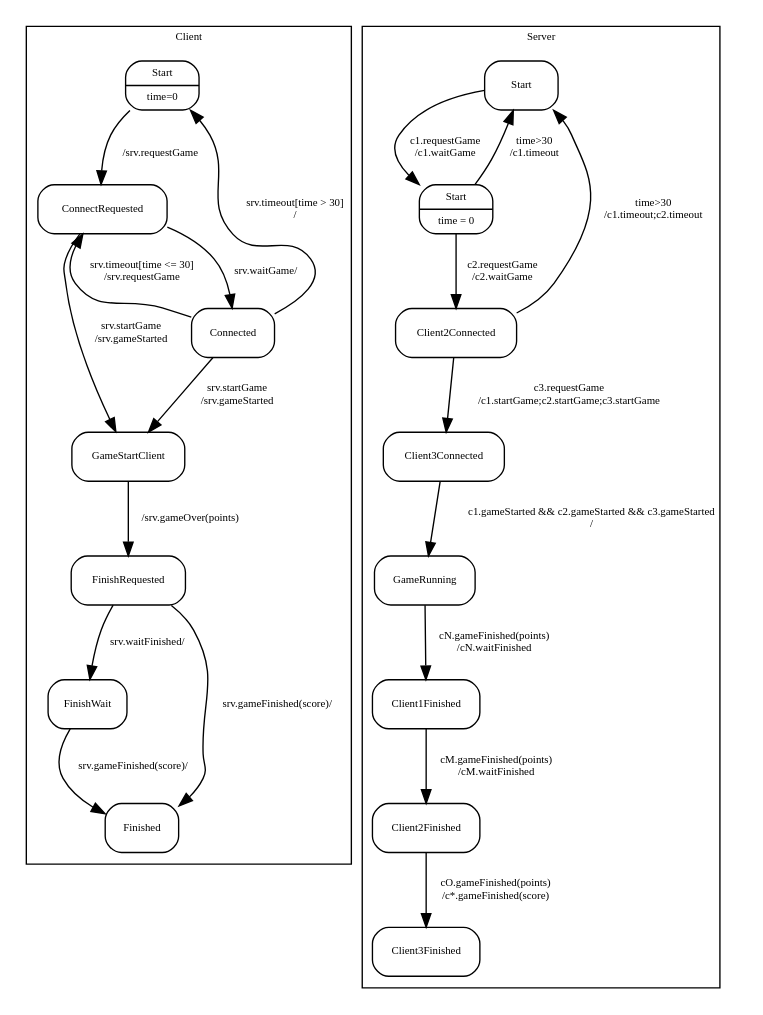
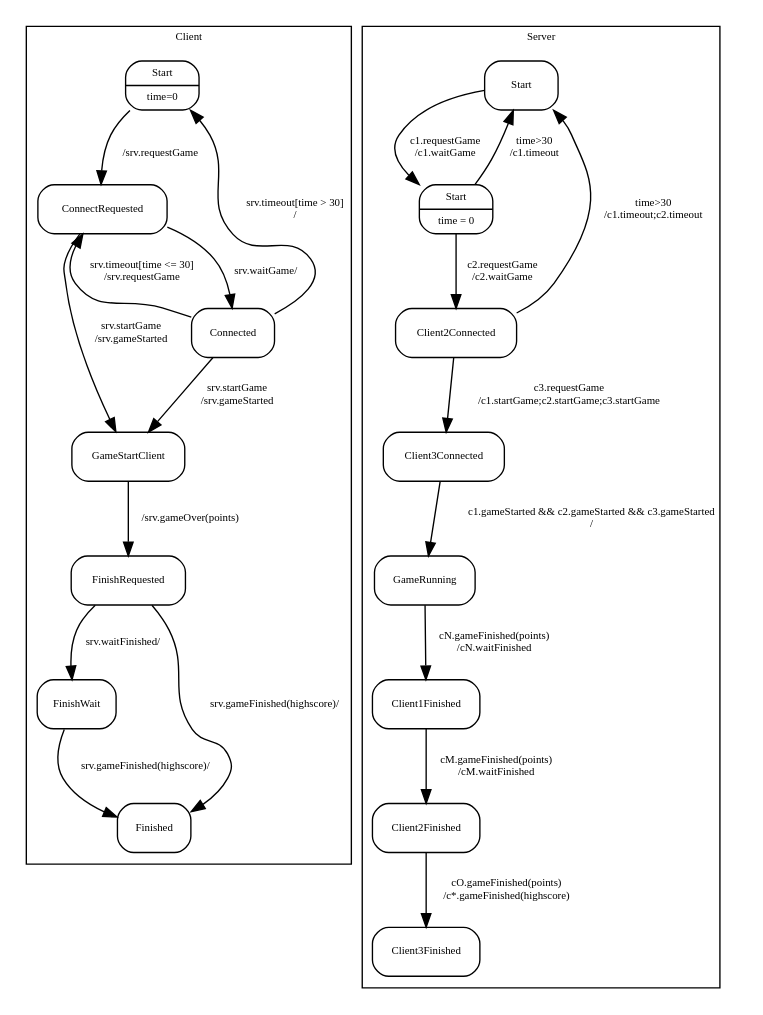
One commit to aul12/SoPra changed the diagram in Blatt03/zustandsdiagramm.dot. Above: the diagram before and after it, drawn with Graphviz. The commit also changed 1 other file, not shown here.

Commit message:
Added Sequence diagramm

```diff
--- a/Blatt03/zustandsdiagramm.dot
+++ b/Blatt03/zustandsdiagramm.dot
@@ -1,63 +1,63 @@
 digraph G {
     fontname = "Bitstream Vera Sans"
     fontsize = 8
 
     node [
         fontname = "Bitstream Vera Sans"
         fontsize = 8
         shape = "Mrecord"
     ]
 
     edge [
         fontname = "Bitstream Vera Sans"
         fontsize = 8
     ]
 
     subgraph cluster_client {
         label = "Client"
         color = "black"
         StartClient [label = "{Start|time=0}"]
         ConnectRequested
         Connected
         GameStartClient
         FinishRequested
         FinishWait
         Finished
 
         StartClient->ConnectRequested [label = "\n/srv.requestGame"]
         ConnectRequested->Connected [label = "srv.waitGame/"]
         ConnectRequested->GameStartClient [label = "srv.startGame\n/srv.gameStarted"]
         Connected->GameStartClient [label = "srv.startGame\n/srv.gameStarted"]
         Connected->StartClient [label = "srv.timeout[time > 30]\n/"]  
         Connected->ConnectRequested[label = "srv.timeout[time <= 30]\n/srv.requestGame"]  
         GameStartClient->FinishRequested [label = "/srv.gameOver(points)"]
         FinishRequested->FinishWait [label = "srv.waitFinished/"]
-        FinishWait->Finished [label = "srv.gameFinished(score)/"]
-        FinishRequested->Finished [label = "srv.gameFinished(score)/"]
+        FinishWait->Finished [label = "srv.gameFinished(highscore)/"]
+        FinishRequested->Finished [label = "srv.gameFinished(highscore)/"]
     }
 
 
     subgraph cluster_server {
         label = "Server"
         color = "black"
         Start         
         Client1Connected [label = "{Start|time = 0}"]
         Client2Connected
         Client3Connected
         GameRunning
         Client1Finished
         Client2Finished
         Client3Finished
         Finished
 
         Start -> Client1Connected [label = "c1.requestGame\n/c1.waitGame"]
         Client1Connected -> Client2Connected [label = "c2.requestGame\n/c2.waitGame"]
         Client1Connected -> Start [label = "time>30\n/c1.timeout"]
         Client2Connected -> Client3Connected [label = "c3.requestGame\n/c1.startGame;c2.startGame;c3.startGame"]
         Client2Connected -> Start [label = "time>30\n/c1.timeout;c2.timeout"]
         Client3Connected -> GameRunning [label = "c1.gameStarted && c2.gameStarted && c3.gameStarted\n/"]
         GameRunning -> Client1Finished [label = "cN.gameFinished(points)\n/cN.waitFinished"];
         Client1Finished -> Client2Finished [label = "cM.gameFinished(points)\n/cM.waitFinished"];
-        Client2Finished -> Client3Finished [label = "cO.gameFinished(points)\n/c*.gameFinished(score)"];
+        Client2Finished -> Client3Finished [label = "cO.gameFinished(points)\n/c*.gameFinished(highscore)"];
     }
 }    
```
